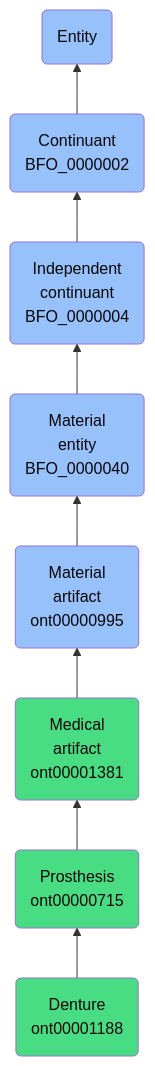
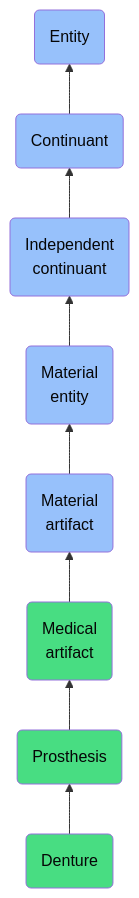
The diagram in docs/ontology/reference/model/Entity/Continuant/Independent continuant/Material entity/Material artifact/Medical artifact/Prosthesis/Denture/Denture.md (jupyter-naas/abi), drawn with Mermaid before and after one commit. The commit also changed other lines of this file and 1430 other files, not shown here.

````diff
--- a/docs/ontology/reference/model/Entity/Continuant/Independent continuant/Material entity/Material artifact/Medical artifact/Prosthesis/Denture/Denture.md
+++ b/docs/ontology/reference/model/Entity/Continuant/Independent continuant/Material entity/Material artifact/Medical artifact/Prosthesis/Denture/Denture.md
@@ -24,15 +24,15 @@
 ```mermaid
 graph BT
-    ont00001188(Denture<br>ont00001188):::ABI-->ont00000715
-    ont00000715(Prosthesis<br>ont00000715):::ABI-->ont00001381
-    ont00001381(Medical<br>artifact<br>ont00001381):::ABI-->ont00000995
-    ont00000995(Material<br>artifact<br>ont00000995):::BFO-->BFO_0000040
-    BFO_0000040(Material<br>entity<br>BFO_0000040):::BFO-->BFO_0000004
-    BFO_0000004(Independent<br>continuant<br>BFO_0000004):::BFO-->BFO_0000002
-    BFO_0000002(Continuant<br>BFO_0000002):::BFO-->BFO_0000001
+    ont00001188(Denture):::ABI-->ont00000715
+    ont00000715(Prosthesis):::ABI-->ont00001381
+    ont00001381(Medical<br>artifact):::ABI-->ont00000995
+    ont00000995(Material<br>artifact):::BFO-->BFO_0000040
+    BFO_0000040(Material<br>entity):::BFO-->BFO_0000004
+    BFO_0000004(Independent<br>continuant):::BFO-->BFO_0000002
+    BFO_0000002(Continuant):::BFO-->BFO_0000001
     BFO_0000001(Entity):::BFO
     
     classDef BFO fill:#97c1fb,color:#060606
     classDef CCO fill:#e4c51e,color:#060606
     classDef ABI fill:#48DD82,color:#060606
 ```
````
